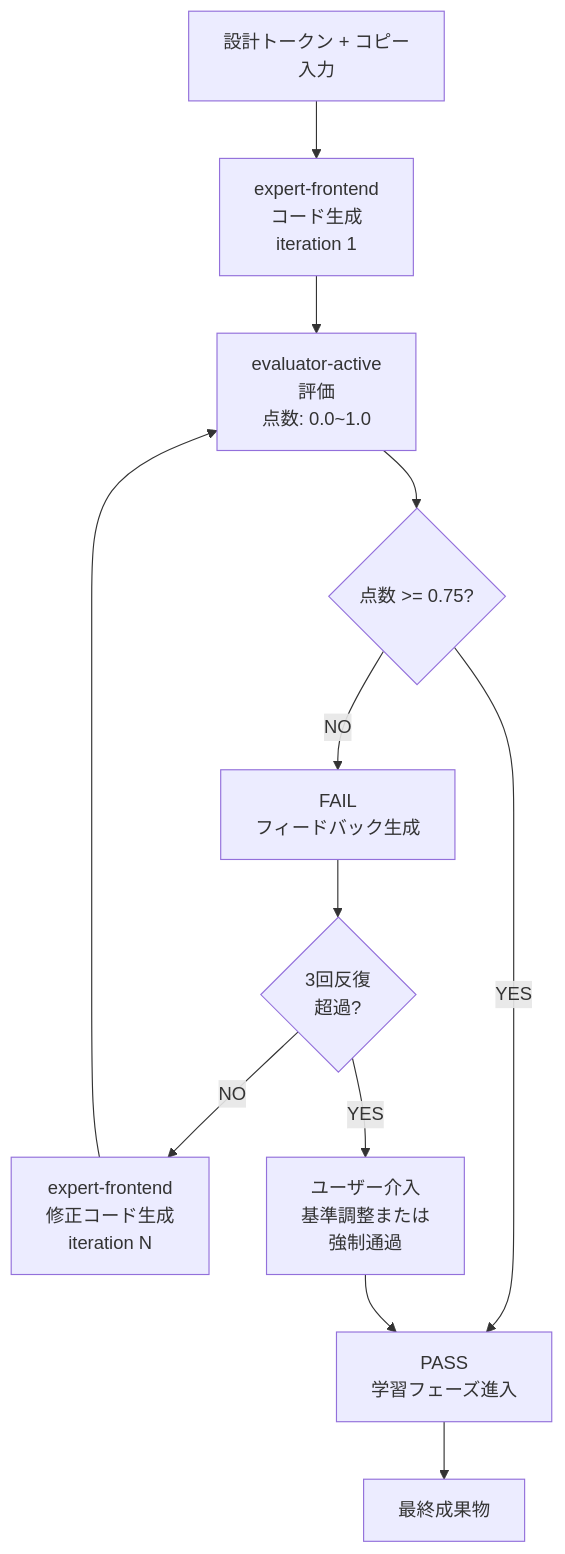
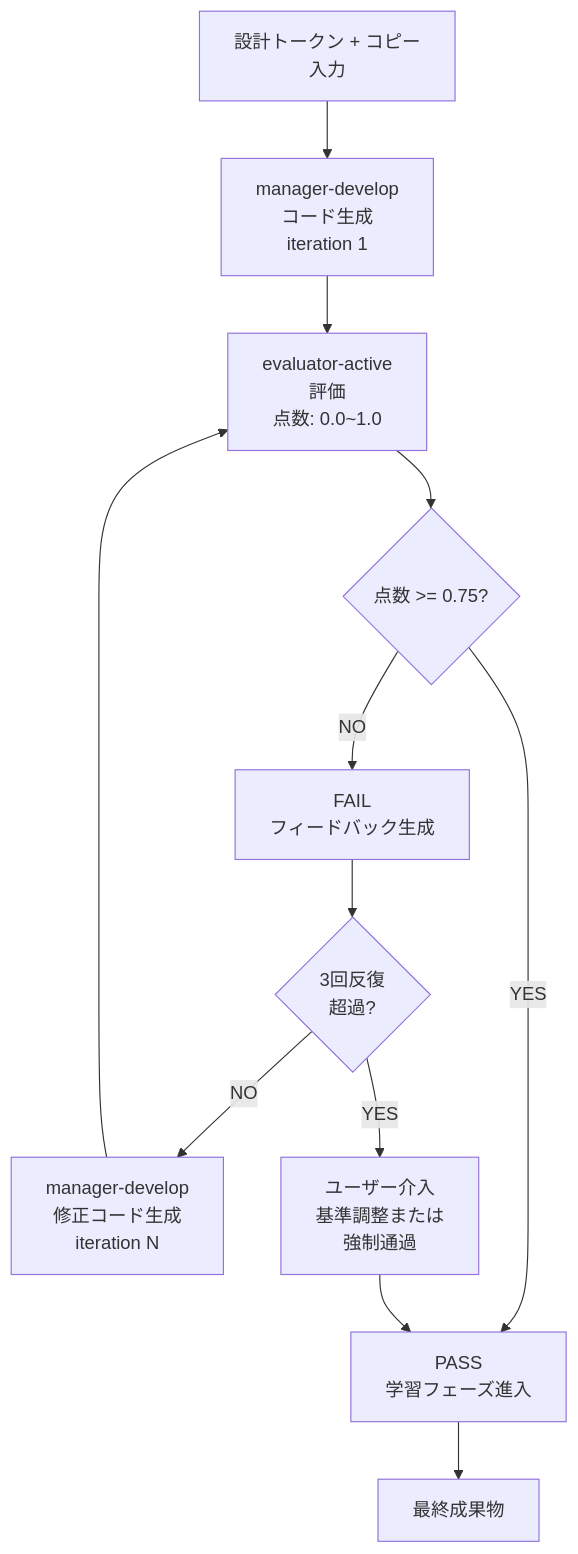
One commit to modu-ai/moai-adk changed the diagram in docs-site/content/ja/design/gan-loop.md. Above: the diagram before and after it, drawn with Mermaid. The commit also changed other lines of this file and 153 other files, not shown here.

````diff
--- a/docs-site/content/ja/design/gan-loop.md
+++ b/docs-site/content/ja/design/gan-loop.md
@@ -14,14 +14,14 @@
 ```mermaid
 flowchart TD
-    A["設計トークン + コピー<br>入力"] --> B["expert-frontend<br>コード生成<br>iteration 1"]
+    A["設計トークン + コピー<br>入力"] --> B["manager-develop<br>コード生成<br>iteration 1"]
     B --> C["evaluator-active<br>評価<br>点数: 0.0~1.0"]
     C --> D{点数 >= 0.75?}
     D -->|YES| E["PASS<br>学習フェーズ進入"]
     D -->|NO| F["FAIL<br>フィードバック生成"]
     F --> G{3回反復<br>超過?}
-    G -->|NO| H["expert-frontend<br>修正コード生成<br>iteration N"]
+    G -->|NO| H["manager-develop<br>修正コード生成<br>iteration N"]
     H --> C
     G -->|YES| I["ユーザー介入<br>基準調整または<br>強制通過"]
     I --> E
     E --> J["最終成果物"]
 ```
````
